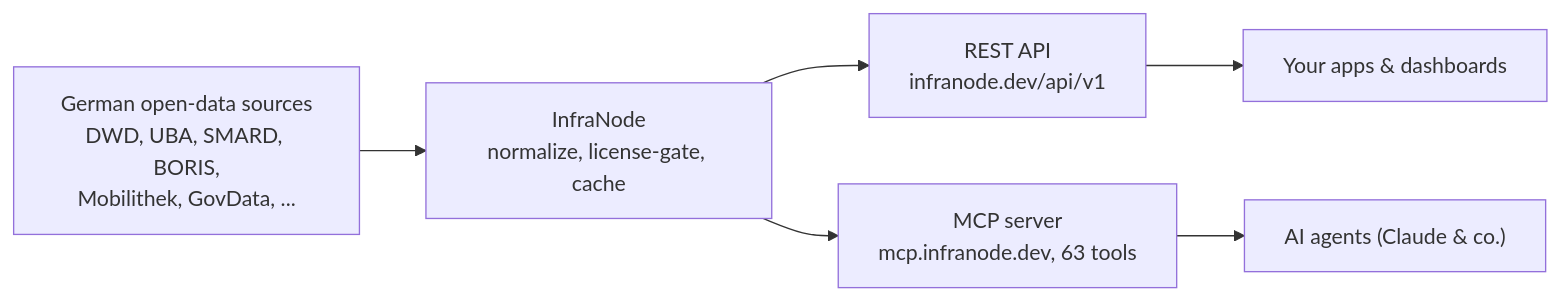
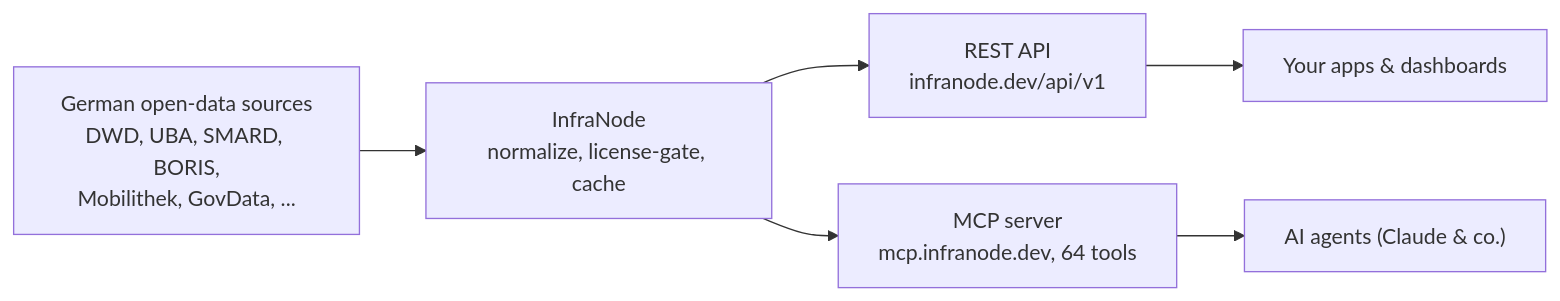
Before and after one commit to street1983nk/infranode: the diagram in README.md, drawn with Mermaid. The commit also changed other lines of this file and 14 other files, not shown here.

````diff
--- a/README.md
+++ b/README.md
@@ -30,8 +30,8 @@
 ```mermaid
 flowchart LR
     SRC["German open-data sources<br/>DWD, UBA, SMARD, BORIS,<br/>Mobilithek, GovData, ..."] --> CORE["InfraNode<br/>normalize, license-gate, cache"]
     CORE --> API["REST API<br/>infranode.dev/api/v1"]
-    CORE --> MCP["MCP server<br/>mcp.infranode.dev, 63 tools"]
+    CORE --> MCP["MCP server<br/>mcp.infranode.dev, 64 tools"]
     API --> APPS["Your apps &amp; dashboards"]
     MCP --> AGENTS["AI agents (Claude &amp; co.)"]
 ```
````
